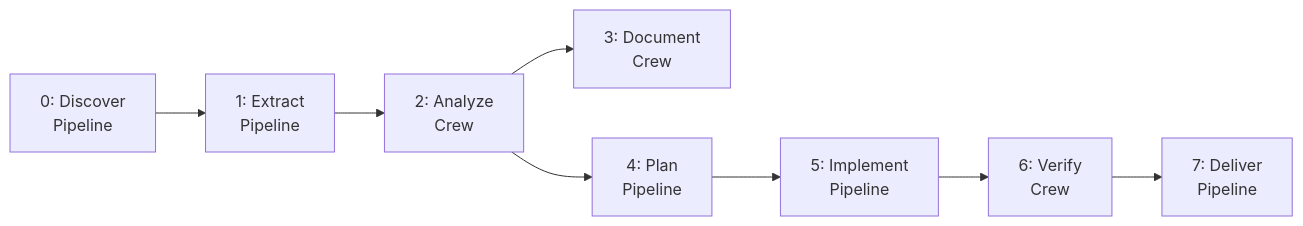
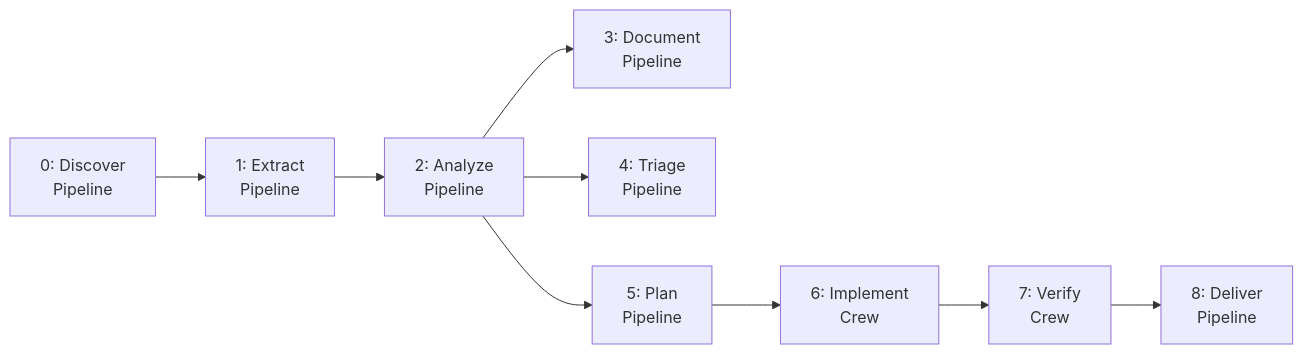
One commit to aymenmastouri/aicodegencrew changed the diagram in docs/architecture/phase-registry.md. Above: the diagram before and after it, drawn with Mermaid. The commit also changed other lines of this file and 141 other files, not shown here.

````diff
--- a/docs/architecture/phase-registry.md
+++ b/docs/architecture/phase-registry.md
@@ -31,10 +31,11 @@
 ```mermaid
 graph LR
     discover["0: Discover<br/>Pipeline"] --> extract["1: Extract<br/>Pipeline"]
-    extract --> analyze["2: Analyze<br/>Crew"]
-    analyze --> document["3: Document<br/>Crew"]
-    analyze --> plan["4: Plan<br/>Pipeline"]
-    plan --> implement["5: Implement<br/>Pipeline"]
-    implement --> verify["6: Verify<br/>Crew"]
-    verify --> deliver["7: Deliver<br/>Pipeline"]
+    extract --> analyze["2: Analyze<br/>Pipeline"]
+    analyze --> document["3: Document<br/>Pipeline"]
+    analyze --> triage["4: Triage<br/>Pipeline"]
+    analyze --> plan["5: Plan<br/>Pipeline"]
+    plan --> implement["6: Implement<br/>Crew"]
+    implement --> verify["7: Verify<br/>Crew"]
+    verify --> deliver["8: Deliver<br/>Pipeline"]
 ```
````
